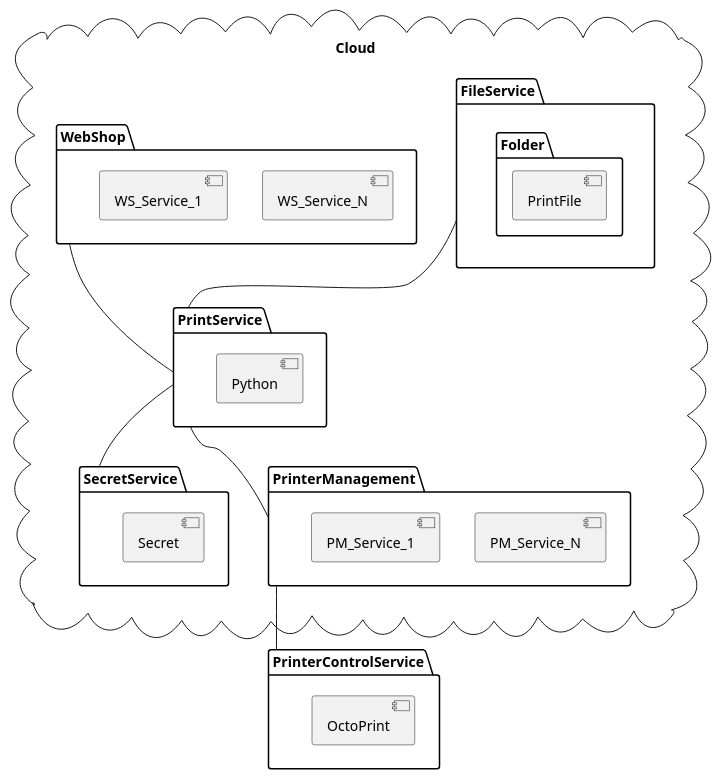
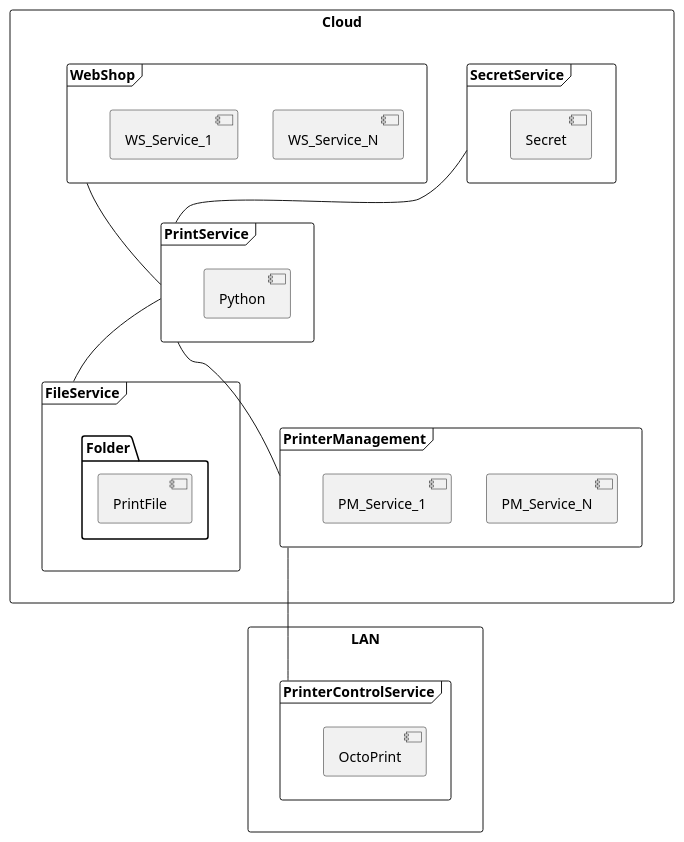
One commit to tobiasbuhmann/repro3d-diagrams changed the diagram in ComponentDiagram.plantuml. Above: the diagram before and after it, drawn with PlantUML. The commit also changed 5 other files, not shown here.

Commit message:
New versions of diagrams

```diff
--- a/ComponentDiagram.plantuml
+++ b/ComponentDiagram.plantuml
@@ -1,38 +1,40 @@
 @startuml ComponentDiagram
 
-cloud "Cloud" {
-   package "PrintService" {
-    [Python]
-  }
+rectangle "Cloud" {
+    frame "PrintService" {
+        [Python]
+    }
 
-  package "SecretService" {
-    [Secret]
-  }
+    frame "SecretService" {
+        [Secret]
+    }
 
-  package "FileService" {
-    folder "Folder" {
-      [PrintFile]
+    frame "FileService" {
+        folder "Folder" {
+        [PrintFile]
+        }
     }
-  }
-  
-  package "WebShop" {
-    [WS_Service_N]
-    [WS_Service_1]
-  }
+    
+    frame "WebShop" {
+        [WS_Service_N]
+        [WS_Service_1]
+    }
 
-  package "PrinterManagement" {
-    [PM_Service_N]
-    [PM_Service_1]
-  }
+    frame "PrinterManagement" {
+        [PM_Service_N]
+        [PM_Service_1]
+    }
 }
 
-package "PrinterControlService" {
-  [OctoPrint]
+rectangle "LAN" {
+    frame "PrinterControlService" {
+        [OctoPrint]
+    }
 }
 
-[WebShop] -- [PrintService]
-[FileService] -- [PrintService]
-[PrintService] -- [SecretService]
+[WebShop] -down- [PrintService]
+[FileService] -up- [PrintService]
+[SecretService] -down- [PrintService]
 [PrintService] -- [PrinterManagement]
-[PrinterManagement] -- [PrinterControlService]
+[PrinterManagement] -down- [PrinterControlService]
 @enduml
```
